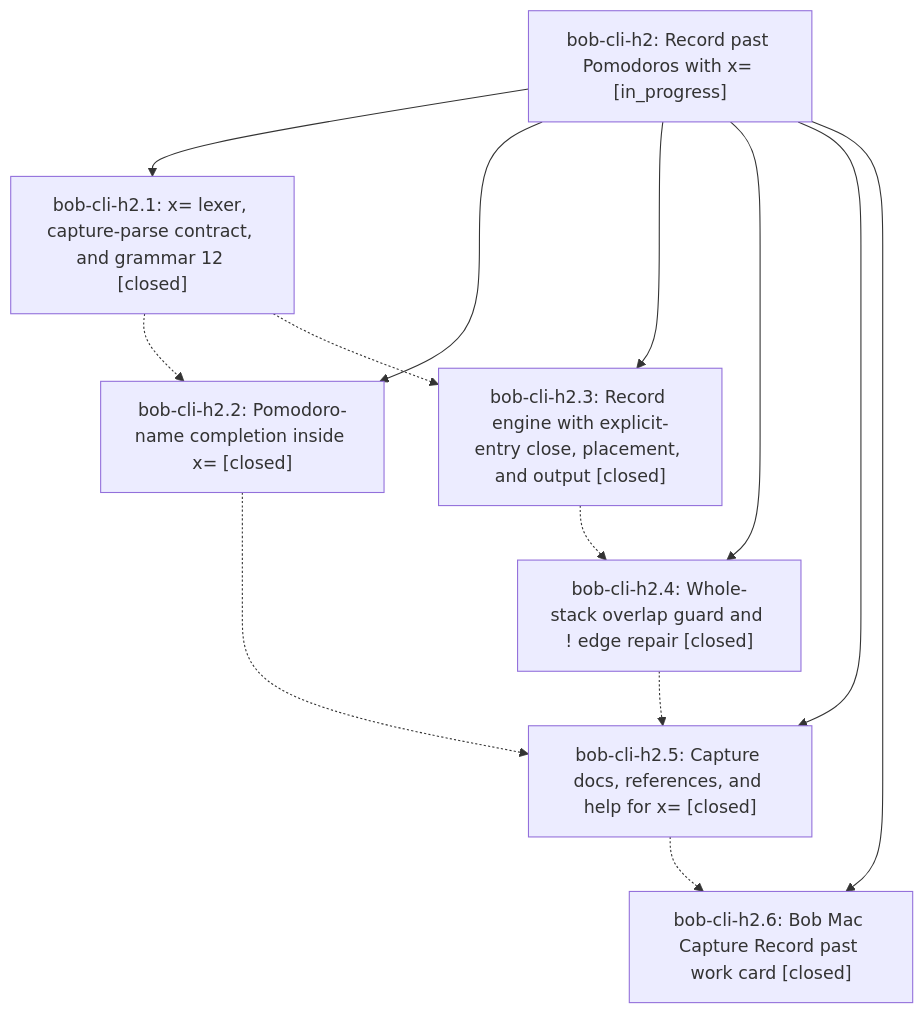
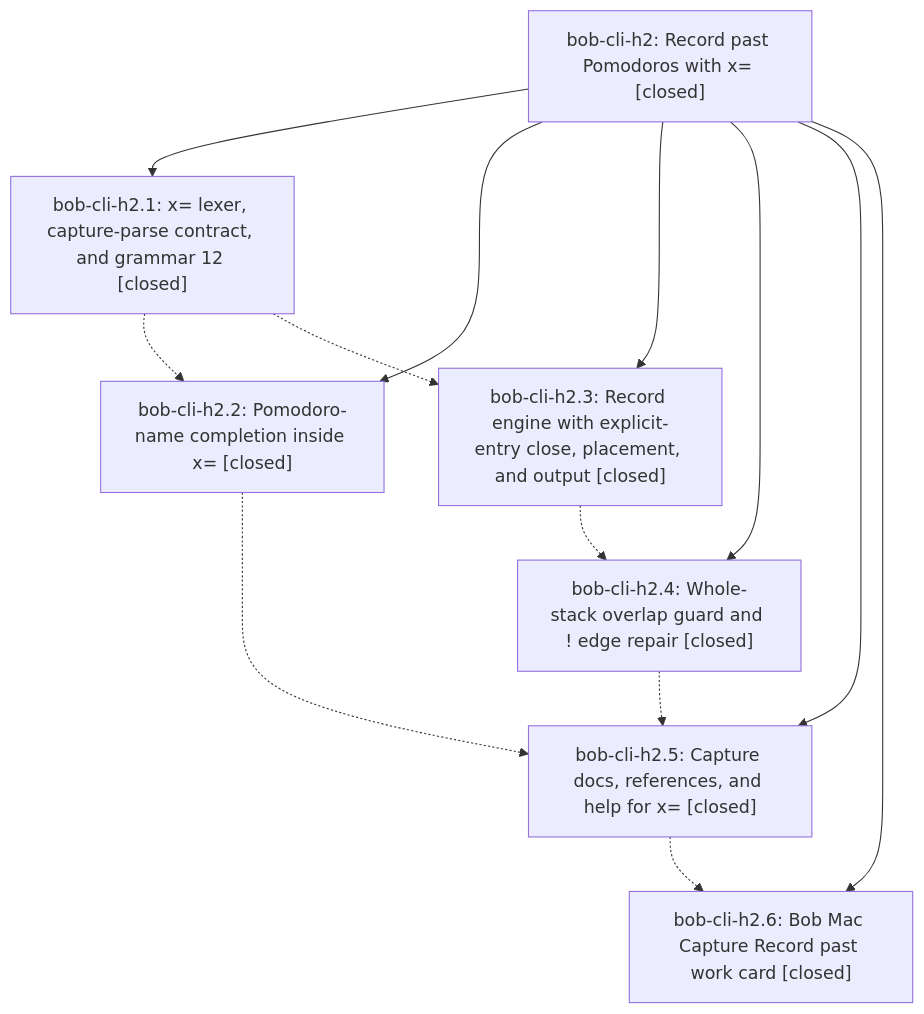
The diagram in pages/bob-cli-h2/README.md (bobs-org/bob-cli--beads), drawn with Mermaid before and after one commit. The commit also changed other lines of this file, not shown here.

First line of the commit message:
chore(beads): sync bead state and pages for bob-cli-h2

````diff
--- a/pages/bob-cli-h2/README.md
+++ b/pages/bob-cli-h2/README.md
@@ -51,22 +77,22 @@
 ```mermaid
 flowchart TD
-    n0["bob-cli-h2: Record past Pomodoros with x= [in_progress]"]
+    n0["bob-cli-h2: Record past Pomodoros with x= [closed]"]
     n1["bob-cli-h2.1: x= lexer, capture-parse contract, and grammar 12 [closed]"]
     n2["bob-cli-h2.2: Pomodoro-name completion inside x= [closed]"]
     n3["bob-cli-h2.3: Record engine with explicit-entry close, placement, and output [closed]"]
     n4["bob-cli-h2.4: Whole-stack overlap guard and ! edge repair [closed]"]
     n5["bob-cli-h2.5: Capture docs, references, and help for x= [closed]"]
     n6["bob-cli-h2.6: Bob Mac Capture Record past work card [closed]"]
     n0 --> n1
     n0 --> n2
     n0 --> n3
     n0 --> n4
     n0 --> n5
     n0 --> n6
     n1 -.-> n2
     n1 -.-> n3
     n2 -.-> n5
     n3 -.-> n4
     n4 -.-> n5
     n5 -.-> n6
 ```
````
